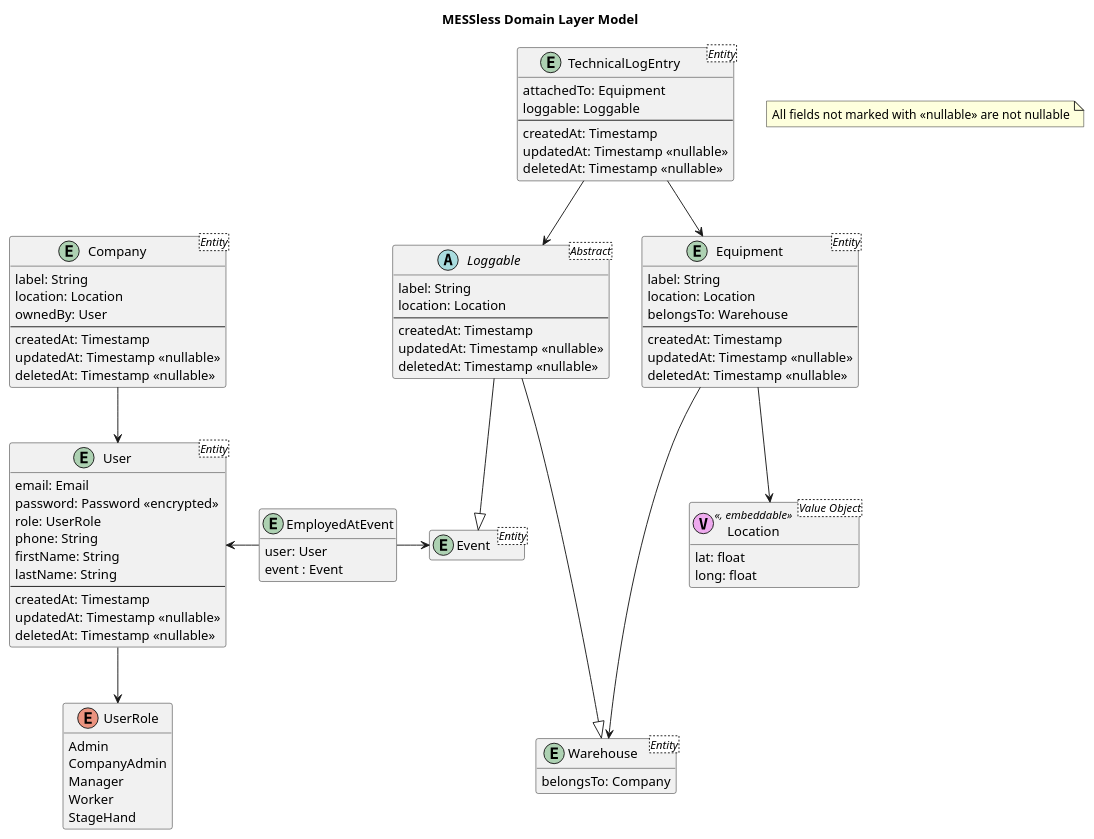
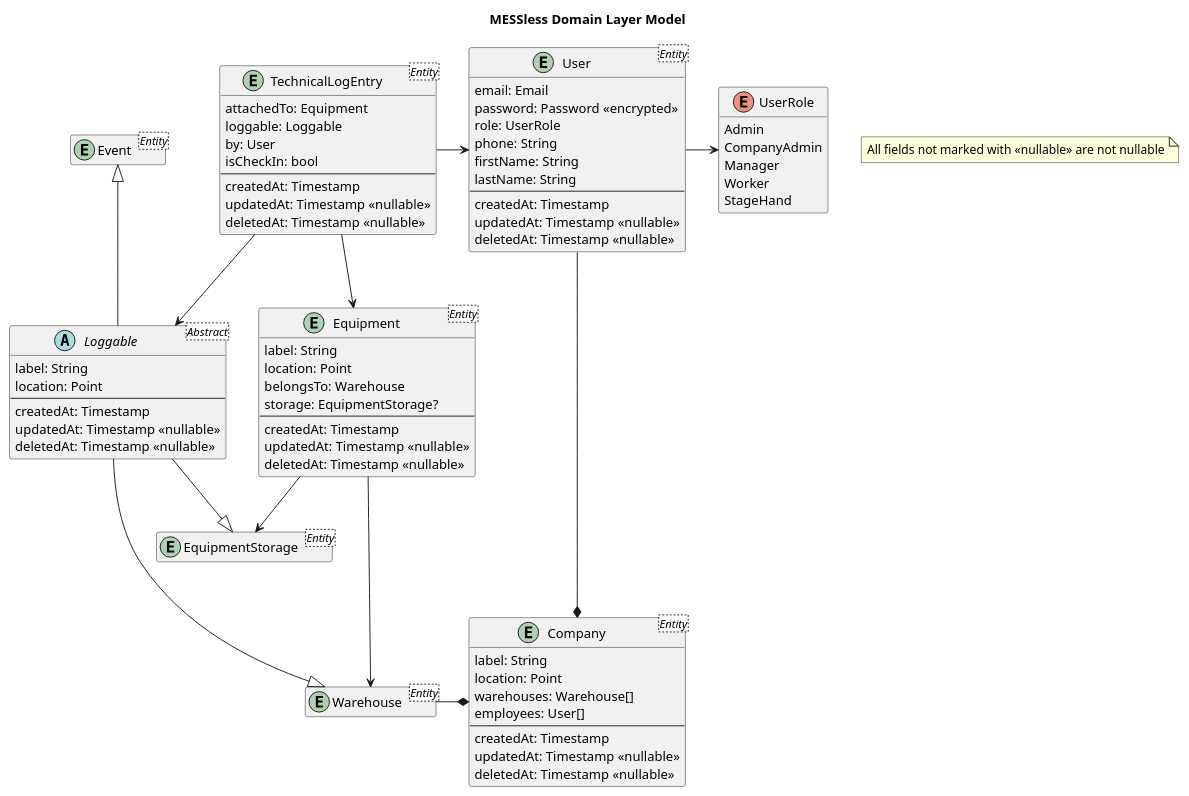
The diagram in Writerside/pumls/domain-model.puml (spg-eventful/wiki), drawn with PlantUML before and after one commit. The commit also changed 1 other file, not shown here.

```diff
--- a/Writerside/pumls/domain-model.puml
+++ b/Writerside/pumls/domain-model.puml
@@ -1,98 +1,99 @@
 @startuml
 hide empty methods
 hide empty attributes
 
 title MESSless Domain Layer Model
 note "All fields not marked with <<nullable>> are not nullable" as NullConvention
 
 entity User<Entity> {
   email: Email
   password: Password <<encrypted>>
   role: UserRole
   phone: String
   firstName: String
   lastName: String
   ---
   createdAt: Timestamp
   updatedAt: Timestamp <<nullable>>
   deletedAt: Timestamp <<nullable>>
 }
 
-entity EmployedAtEvent {
-  user: User
-  event : Event
-}
-
 enum UserRole {
   Admin
   CompanyAdmin
   Manager
   Worker
   StageHand
 }
 
 abstract Loggable<Abstract> {
   label: String
-  location: Location
+  location: Point
   ---
   createdAt: Timestamp
   updatedAt: Timestamp <<nullable>>
   deletedAt: Timestamp <<nullable>>
 }
 
 entity Warehouse<Entity> {
-  belongsTo: Company
 }
 
 entity Event<Entity> {
 }
 
+
+entity EquipmentStorage<Entity> {
+}
+
 entity Equipment<Entity> {
   label: String
-  location: Location
+  location: Point
   belongsTo: Warehouse
+  storage: EquipmentStorage?
   ---
   createdAt: Timestamp
   updatedAt: Timestamp <<nullable>>
   deletedAt: Timestamp <<nullable>>
 }
 
 entity Company<Entity> {
   label: String
-  location: Location
-  ownedBy: User
+  location: Point
+  warehouses: Warehouse[]
+  employees: User[]
   ---
   createdAt: Timestamp
   updatedAt: Timestamp <<nullable>>
   deletedAt: Timestamp <<nullable>>
 }
 
 entity TechnicalLogEntry<Entity> {
   attachedTo: Equipment
   loggable: Loggable
+  by: User
+  isCheckIn: bool
   ---
   createdAt: Timestamp
   updatedAt: Timestamp <<nullable>>
   deletedAt: Timestamp <<nullable>>
 }
 
-entity Location <Value Object> <<(V, EEAAEE), embeddable>> {
-  lat: float
-  long: float
-}
-
 ' relations
-User -down-> UserRole
-EmployedAtEvent -left-> User
-EmployedAtEvent -right-> Event
-Company -down-> User
-
-Equipment -down-> Location
 TechnicalLogEntry --> Equipment
 TechnicalLogEntry --> Loggable
+TechnicalLogEntry -right-> User
 
 Loggable --|> Warehouse
-Loggable --|> Event
+Loggable -up-|> Event
+Loggable -down-|> EquipmentStorage
+
+Equipment --> EquipmentStorage
 
 Equipment ---> Warehouse
+
+User --right> UserRole
+
+Warehouse --right* Company
+User --down* Company
+
 @enduml
```
